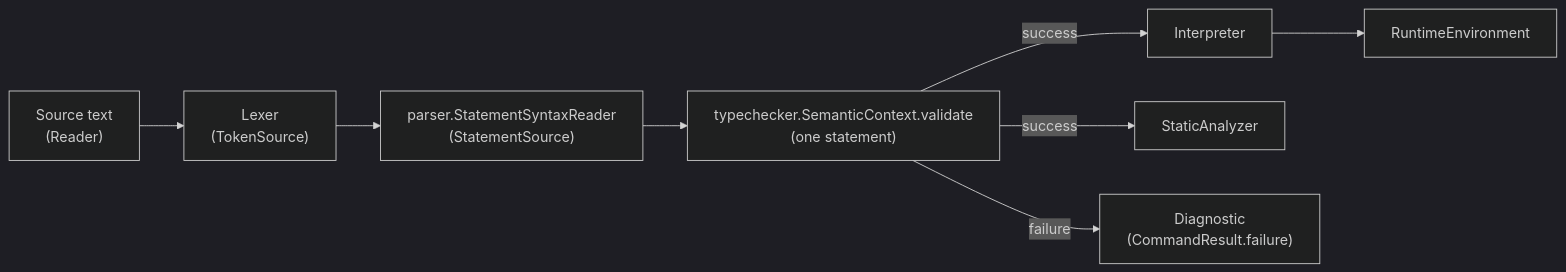
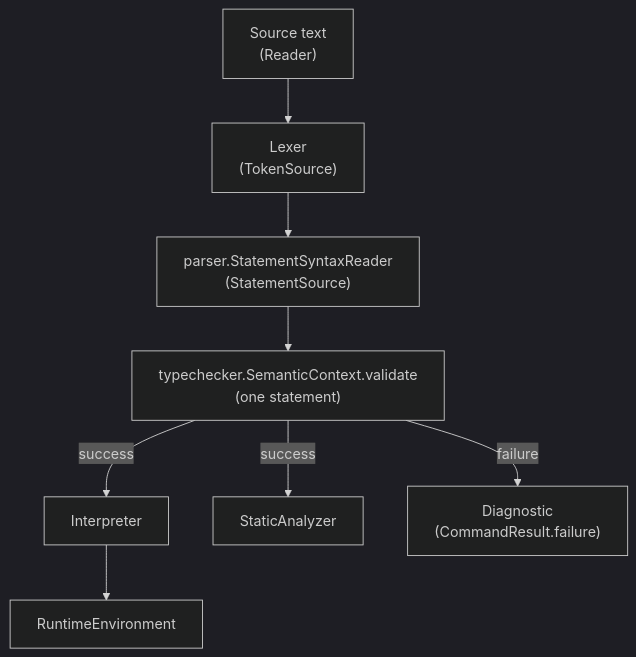
Before and after one commit to GarroteSantiago/printscript: the second of 3 diagrams in docs/architecture.md, drawn with Mermaid (dark theme). The commit also changed other lines of this file and 39 other files, not shown here.

````diff
--- a/docs/architecture.md
+++ b/docs/architecture.md
@@ -83,10 +83,10 @@
 ```mermaid
-flowchart LR
+flowchart TD
     Source["Source text\n(Reader)"] --> Lexer["Lexer\n(TokenSource)"]
     Lexer --> Parser["parser.StatementSyntaxReader\n(StatementSource)"]
     Parser --> Semantics["typechecker.SemanticContext.validate\n(one statement)"]
     Semantics -->|success| Interpreter
     Semantics -->|success| Analyzer["StaticAnalyzer"]
     Semantics -->|failure| Diagnostics["Diagnostic\n(CommandResult.failure)"]
     Interpreter --> RuntimeEnv["RuntimeEnvironment"]
 ```
````
